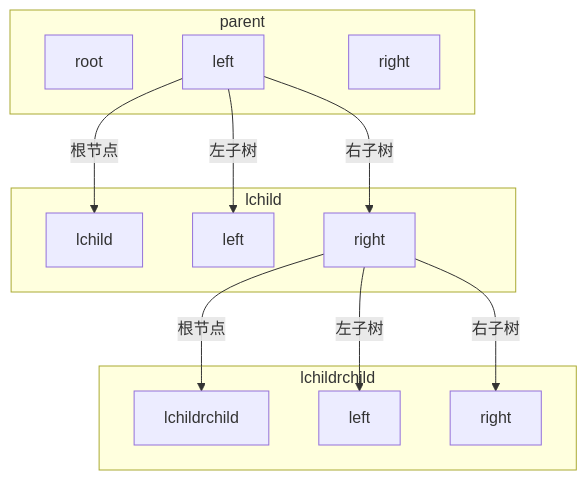
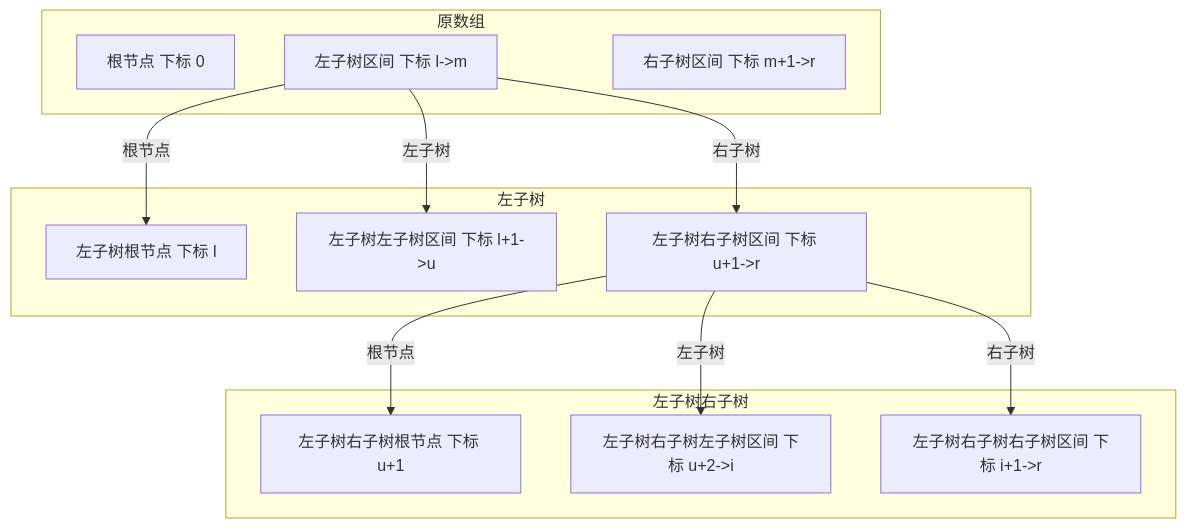
Before and after one commit to gittauros/kaleido-palutena: the diagram in algorithm/leetcode1008solve.md, drawn with Mermaid.

````diff
--- a/algorithm/leetcode1008solve.md
+++ b/algorithm/leetcode1008solve.md
@@ -60,26 +60,26 @@
 ```mermaid
 graph TB
-    subgraph parent
-        root[root]
-        left[left]
-        right[right]
+    subgraph 原数组
+        root[根节点 下标 0]
+        left[左子树区间 下标 l->m]
+        right[右子树区间 下标 m+1->r]
     end
-    subgraph lchild
-        lchdRoot[lchild]
-        lchdLeft[left]
-        lchdRight[right]
+    subgraph 左子树
+        lchdRoot[左子树根节点 下标 l]
+        lchdLeft[左子树左子树区间 下标 l+1->u]
+        lchdRight[左子树右子树区间 下标 u+1->r]
     end
-    subgraph lchildrchild
-        lchdrchdRoot[lchildrchild]
-        lchdrchdLeft[left]
-        lchdrchdRight[right]
+    subgraph 左子树右子树
+        lchdrchdRoot[左子树右子树根节点 下标 u+1]
+        lchdrchdLeft[左子树右子树左子树区间 下标 u+2->i]
+        lchdrchdRight[左子树右子树右子树区间 下标 i+1->r]
     end
 
     left -->|根节点| lchdRoot
     left -->|左子树| lchdLeft
     left -->|右子树| lchdRight
 
     lchdRight -->|根节点| lchdrchdRoot
     lchdRight -->|左子树| lchdrchdLeft
     lchdRight -->|右子树| lchdrchdRight
 ```
````
